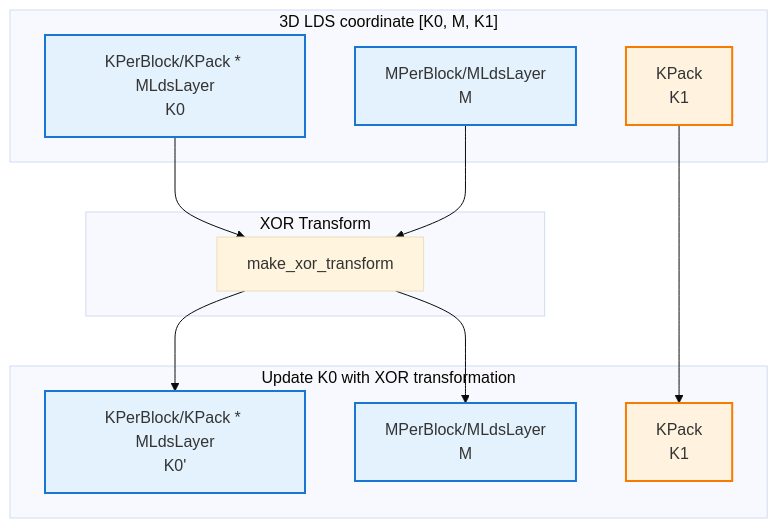
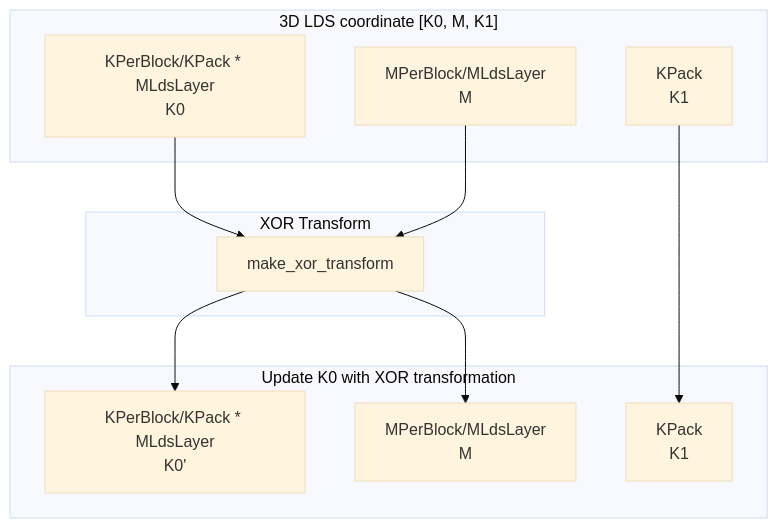
The first of 3 diagrams in projects/composablekernel/docs/conceptual/ck_tile/lds_index_swapping.rst (hdt98/rocm-libraries), drawn with Mermaid (base theme) before and after one commit. The commit also changed other lines of this file and 21 other files, not shown here.

First line of the commit message:
[ck] Updated CK Tile documentation to use mermaid diagrams (#7955)

```diff
--- a/projects/composablekernel/docs/conceptual/ck_tile/lds_index_swapping.rst
+++ b/projects/composablekernel/docs/conceptual/ck_tile/lds_index_swapping.rst
@@ -31,33 +28,25 @@
-      .. mermaid::
-      
-         graph TB
-             subgraph "3D LDS coordinate [K0, M, K1]"
-                 K0["KPerBlock/KPack * MLdsLayer<br/>K0"]
-                 M["MPerBlock/MLdsLayer<br/>M"]
-                 K1["KPack<br/>K1"]
-             end
-         
-             subgraph "XOR Transform"
-                 XT["make_xor_transform"]
-             end
-         
-             subgraph "Update K0 with XOR transformation"
-                 K01["KPerBlock/KPack * MLdsLayer<br/>K0'"]
-                 M1["MPerBlock/MLdsLayer<br/>M"]
-                 K11["KPack<br/>K1"]
-             end
-         
-             K0 --> XT
-             M --> XT
-             K1 --> K11
-         
-             XT --> K01
-             XT --> M1
-             
-             style K0 fill:#e3f2fd,stroke:#1976d2,stroke-width:2px
-             style K01 fill:#e3f2fd,stroke:#1976d2,stroke-width:2px
-             style M fill:#e3f2fd,stroke:#1976d2,stroke-width:2px
-             style M1 fill:#e3f2fd,stroke:#1976d2,stroke-width:2px
-         
-             style K1 fill:#fff3e0,stroke:#f57c00,stroke-width:2px
-             style K11 fill:#fff3e0,stroke:#f57c00,stroke-width:2px
+.. mermaid::
+
+   graph TB
+       subgraph "3D LDS coordinate [K0, M, K1]"
+           K0["KPerBlock/KPack * MLdsLayer<br/>K0"]
+           M["MPerBlock/MLdsLayer<br/>M"]
+           K1["KPack<br/>K1"]
+       end
+
+       subgraph "XOR Transform"
+           XT["make_xor_transform"]
+       end
+
+       subgraph "Update K0 with XOR transformation"
+           K01["KPerBlock/KPack * MLdsLayer<br/>K0'"]
+           M1["MPerBlock/MLdsLayer<br/>M"]
+           K11["KPack<br/>K1"]
+       end
+
+       K0 --> XT
+       M --> XT
+       K1 --> K11
+
+       XT --> K01
+       XT --> M1
```
